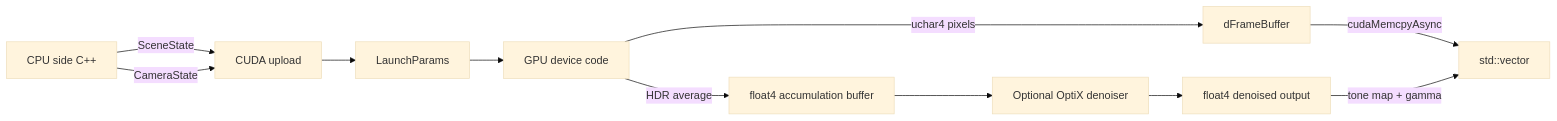
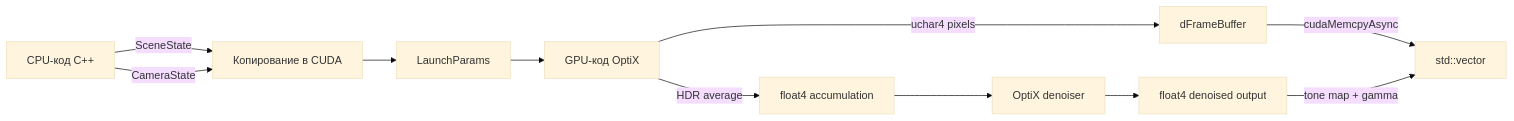
Before and after one commit to Tundraws/RayTracer: the fourth of 4 diagrams in RayTracerRTX/docs/architecture.md, drawn with Mermaid (base theme). The commit also changed other lines of this file and 10 other files, not shown here.

````diff
--- a/RayTracerRTX/docs/architecture.md
+++ b/RayTracerRTX/docs/architecture.md
@@ -150,13 +143,13 @@
 ```mermaid
 flowchart LR
-    Host["CPU side C++"] -->|SceneState| Upload["CUDA upload"]
+    Host["CPU-код C++"] -->|SceneState| Upload["Копирование в CUDA"]
     Host -->|CameraState| Upload
     Upload --> Params["LaunchParams"]
-    Params --> Device["GPU device code"]
+    Params --> Device["GPU-код OptiX"]
     Device -->|uchar4 pixels| Buffer["dFrameBuffer"]
-    Device -->|HDR average| Accum["float4 accumulation buffer"]
-    Accum --> Denoiser["Optional OptiX denoiser"]
+    Device -->|HDR average| Accum["float4 accumulation"]
+    Accum --> Denoiser["OptiX denoiser"]
     Denoiser --> Denoised["float4 denoised output"]
     Buffer -->|cudaMemcpyAsync| HostPixels["std::vector<uchar4>"]
     Denoised -->|tone map + gamma| HostPixels
 ```
````
